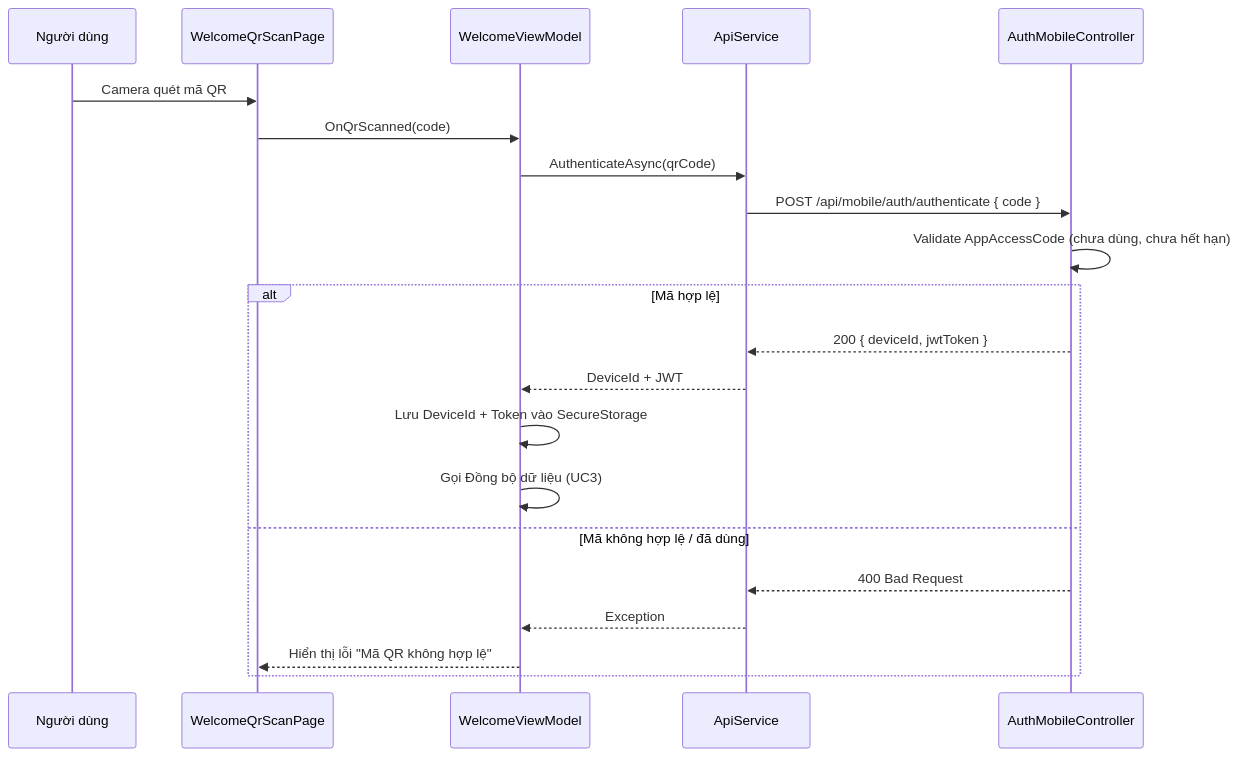
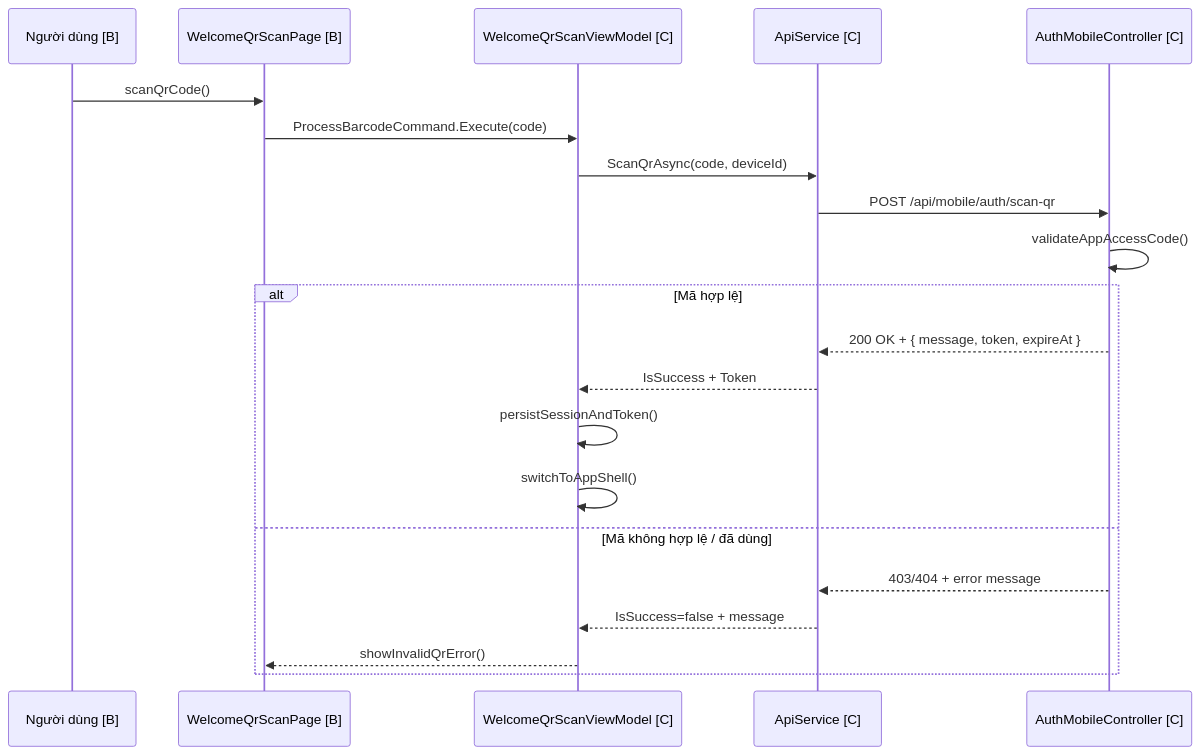
One commit to quynhtien1977/AudioGo changed the sixth of 58 diagrams in PRD.md. Above: the diagram before and after it, drawn with Mermaid. The commit also changed other lines of this file and 2 other files, not shown here.

````diff
--- a/PRD.md
+++ b/PRD.md
@@ -845,25 +873,25 @@
 ```mermaid
 sequenceDiagram
-    participant MobileUser as Người dùng
-    participant QrPage as WelcomeQrScanPage
-    participant VM as WelcomeViewModel
-    participant API as ApiService
-    participant AuthCtrl as AuthMobileController
+    participant MobileUser as Người dùng [B]
+    participant QrPage as WelcomeQrScanPage [B]
+    participant VM as WelcomeQrScanViewModel [C]
+    participant API as ApiService [C]
+    participant AuthCtrl as AuthMobileController [C]
 
-    MobileUser ->> QrPage: Camera quét mã QR
-    QrPage ->> VM: OnQrScanned(code)
-    VM ->> API: AuthenticateAsync(qrCode)
-    API ->> AuthCtrl: POST /api/mobile/auth/authenticate { code }
-    AuthCtrl ->> AuthCtrl: Validate AppAccessCode (chưa dùng, chưa hết hạn)
+    MobileUser ->> QrPage: scanQrCode()
+    QrPage ->> VM: ProcessBarcodeCommand.Execute(code)
+    VM ->> API: ScanQrAsync(code, deviceId)
+    API ->> AuthCtrl: POST /api/mobile/auth/scan-qr
+    AuthCtrl ->> AuthCtrl: validateAppAccessCode()
 
     alt Mã hợp lệ
-        AuthCtrl -->> API: 200 { deviceId, jwtToken }
-        API -->> VM: DeviceId + JWT
-        VM ->> VM: Lưu DeviceId + Token vào SecureStorage
-        VM ->> VM: Gọi Đồng bộ dữ liệu (UC3)
+        AuthCtrl -->> API: 200 OK + { message, token, expireAt }
+        API -->> VM: IsSuccess + Token
+        VM ->> VM: persistSessionAndToken()
+        VM ->> VM: switchToAppShell()
     else Mã không hợp lệ / đã dùng
-        AuthCtrl -->> API: 400 Bad Request
-        API -->> VM: Exception
-        VM -->> QrPage: Hiển thị lỗi "Mã QR không hợp lệ"
+        AuthCtrl -->> API: 403/404 + error message
+        API -->> VM: IsSuccess=false + message
+        VM -->> QrPage: showInvalidQrError()
     end
 ```
````
